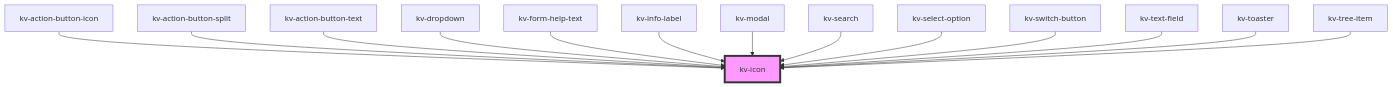
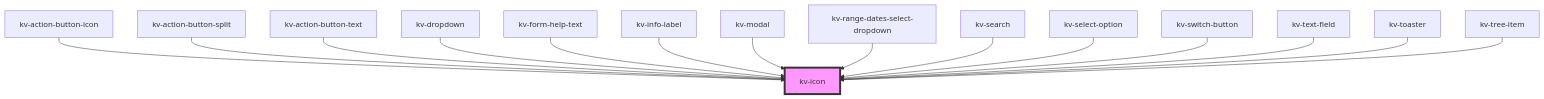
One commit to kelvininc/ui-components changed the diagram in packages/ui-components/src/components/icon/readme.md. Above: the diagram before and after it, drawn with Mermaid. The commit also changed other lines of this file and 91 other files, not shown here.

````diff
--- a/packages/ui-components/src/components/icon/readme.md
+++ b/packages/ui-components/src/components/icon/readme.md
@@ -92,17 +91,18 @@
 ```mermaid
 graph TD;
   kv-action-button-icon --> kv-icon
   kv-action-button-split --> kv-icon
   kv-action-button-text --> kv-icon
   kv-dropdown --> kv-icon
   kv-form-help-text --> kv-icon
   kv-info-label --> kv-icon
   kv-modal --> kv-icon
+  kv-range-dates-select-dropdown --> kv-icon
   kv-search --> kv-icon
   kv-select-option --> kv-icon
   kv-switch-button --> kv-icon
   kv-text-field --> kv-icon
   kv-toaster --> kv-icon
   kv-tree-item --> kv-icon
   style kv-icon fill:#f9f,stroke:#333,stroke-width:4px
 ```
````
